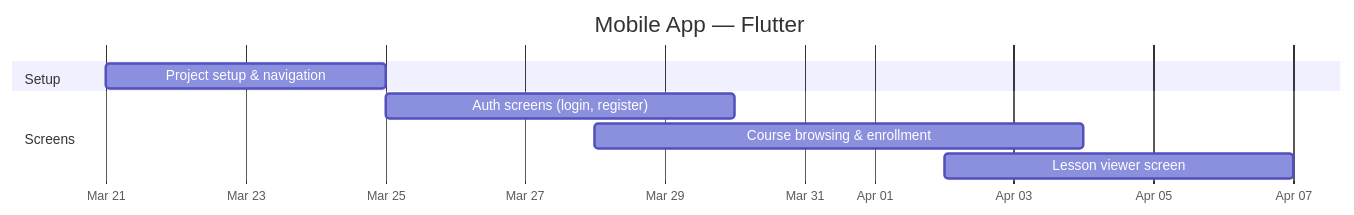
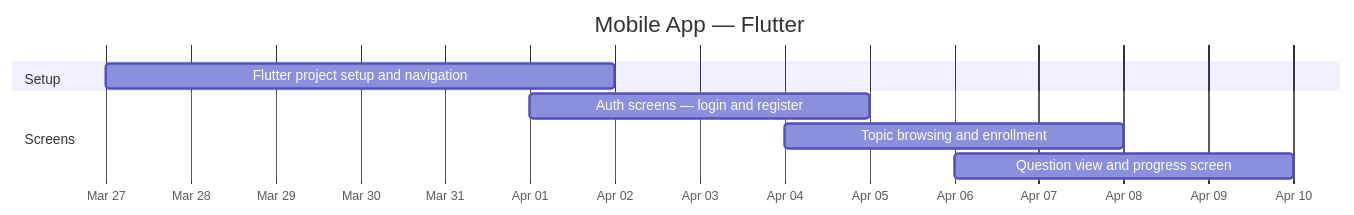
Before and after one commit to LuizGomes56/poosd_final_project: the fourth of 7 diagrams in GANTT.md, drawn with Mermaid. The commit also changed other lines of this file, not shown here.

Commit message:
updated gantt chart

````diff
--- a/GANTT.md
+++ b/GANTT.md
@@ -79,14 +103,14 @@
 ```mermaid
 gantt
     title Mobile App — Flutter
     dateFormat  YYYY-MM-DD
     axisFormat  %b %d
 
     section Setup
-    Project setup & navigation       : mob1, 2026-03-21, 2026-03-25
+    Flutter project setup and navigation   : mob1, 2026-03-27, 2026-04-02
 
     section Screens
-    Auth screens (login, register)   : mob2, 2026-03-25, 2026-03-30
-    Course browsing & enrollment     : mob3, 2026-03-28, 2026-04-04
-    Lesson viewer screen             : mob4, 2026-04-02, 2026-04-07
+    Auth screens — login and register      : mob2, 2026-04-01, 2026-04-05
+    Topic browsing and enrollment          : mob3, 2026-04-04, 2026-04-08
+    Question view and progress screen      : mob4, 2026-04-06, 2026-04-10
 ```
````
